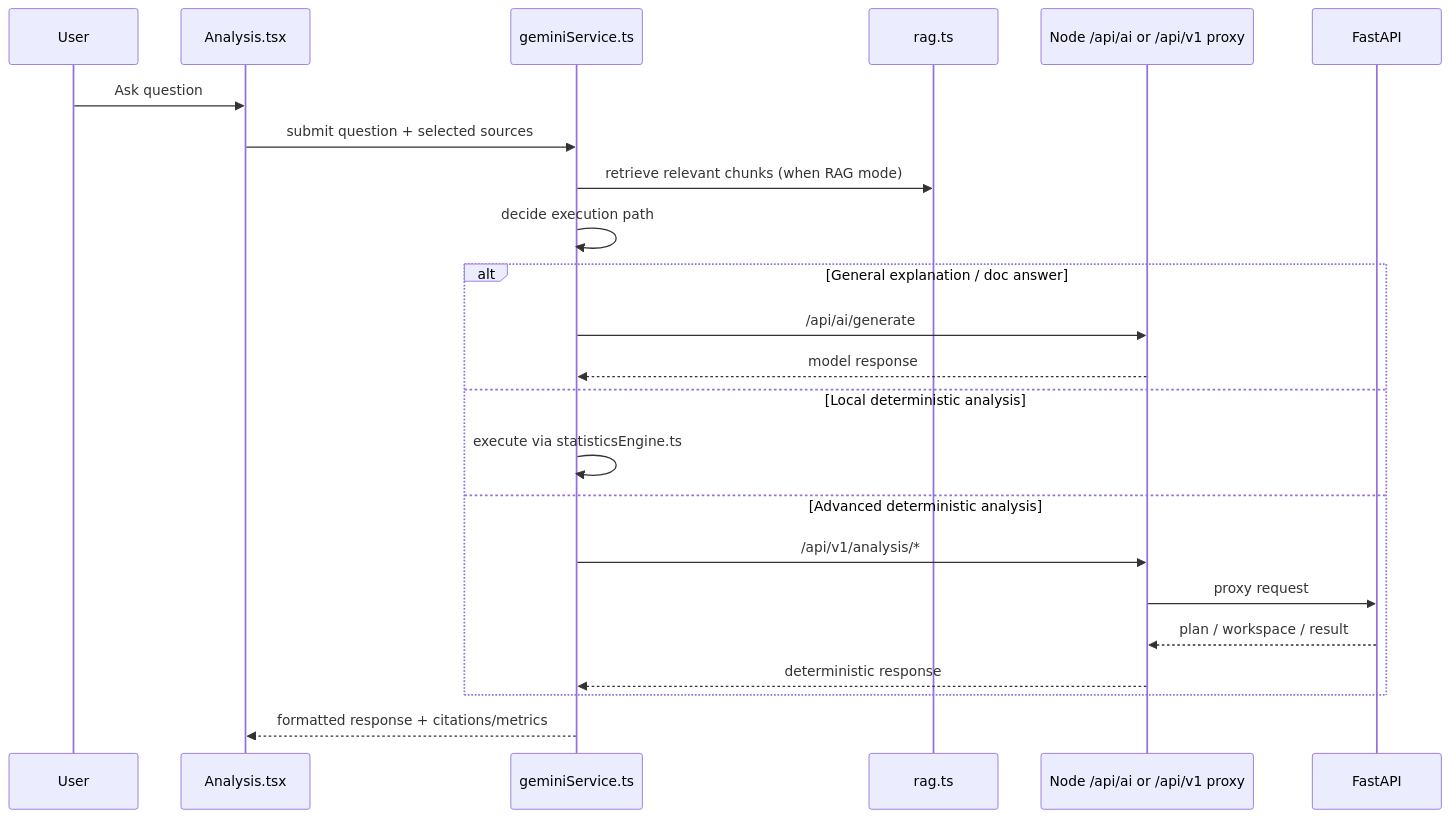
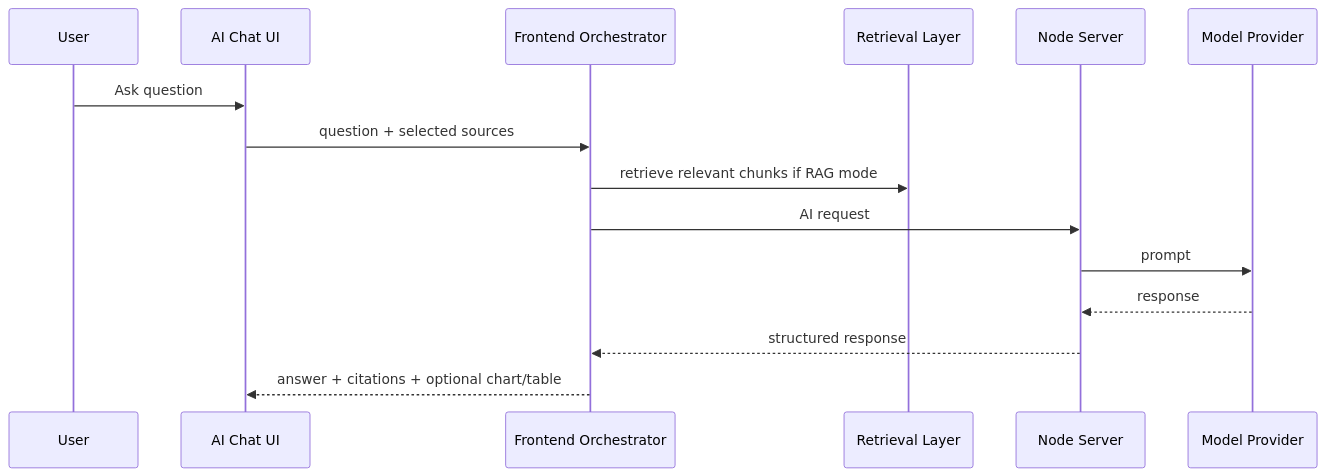
Before and after one commit to mnikor/Study-Data-analysis: the second of 6 diagrams in README.md, drawn with Mermaid. The commit also changed other lines of this file and 35 other files, not shown here.

Commit message:
Improve analysis workflows architecture and docs

````diff
--- a/README.md
+++ b/README.md
@@ -187,26 +132,18 @@
 ```mermaid
 sequenceDiagram
     participant U as User
-    participant FE as Analysis.tsx
-    participant ORCH as geminiService.ts
-    participant RAG as rag.ts
-    participant NODE as Node /api/ai or /api/v1 proxy
-    participant PY as FastAPI
+    participant FE as AI Chat UI
+    participant ORCH as Frontend Orchestrator
+    participant RAG as Retrieval Layer
+    participant NODE as Node Server
+    participant LLM as Model Provider
 
     U->>FE: Ask question
-    FE->>ORCH: submit question + selected sources
-    ORCH->>RAG: retrieve relevant chunks (when RAG mode)
-    ORCH->>ORCH: decide execution path
-    alt General explanation / doc answer
-        ORCH->>NODE: /api/ai/generate
-        NODE-->>ORCH: model response
-    else Local deterministic analysis
-        ORCH->>ORCH: execute via statisticsEngine.ts
-    else Advanced deterministic analysis
-        ORCH->>NODE: /api/v1/analysis/*
-        NODE->>PY: proxy request
-        PY-->>NODE: plan / workspace / result
-        NODE-->>ORCH: deterministic response
-    end
-    ORCH-->>FE: formatted response + citations/metrics
+    FE->>ORCH: question + selected sources
+    ORCH->>RAG: retrieve relevant chunks if RAG mode
+    ORCH->>NODE: AI request
+    NODE->>LLM: prompt
+    LLM-->>NODE: response
+    NODE-->>ORCH: structured response
+    ORCH-->>FE: answer + citations + optional chart/table
 ```
````
